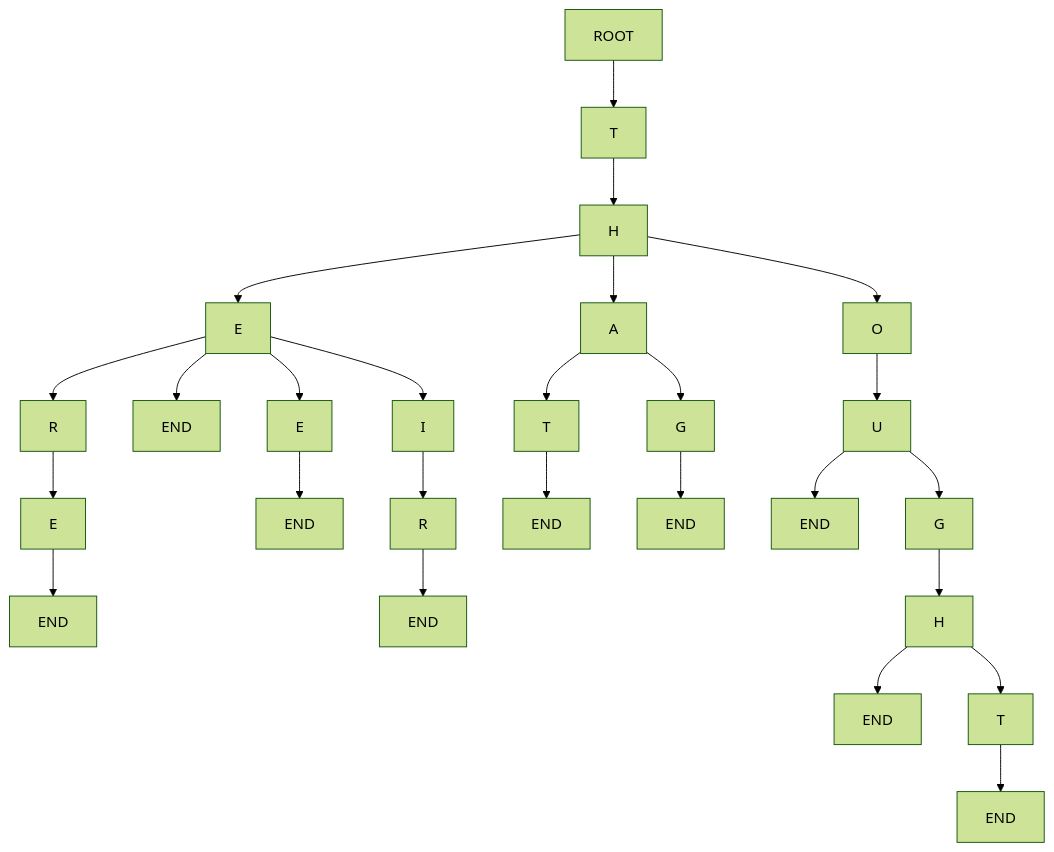
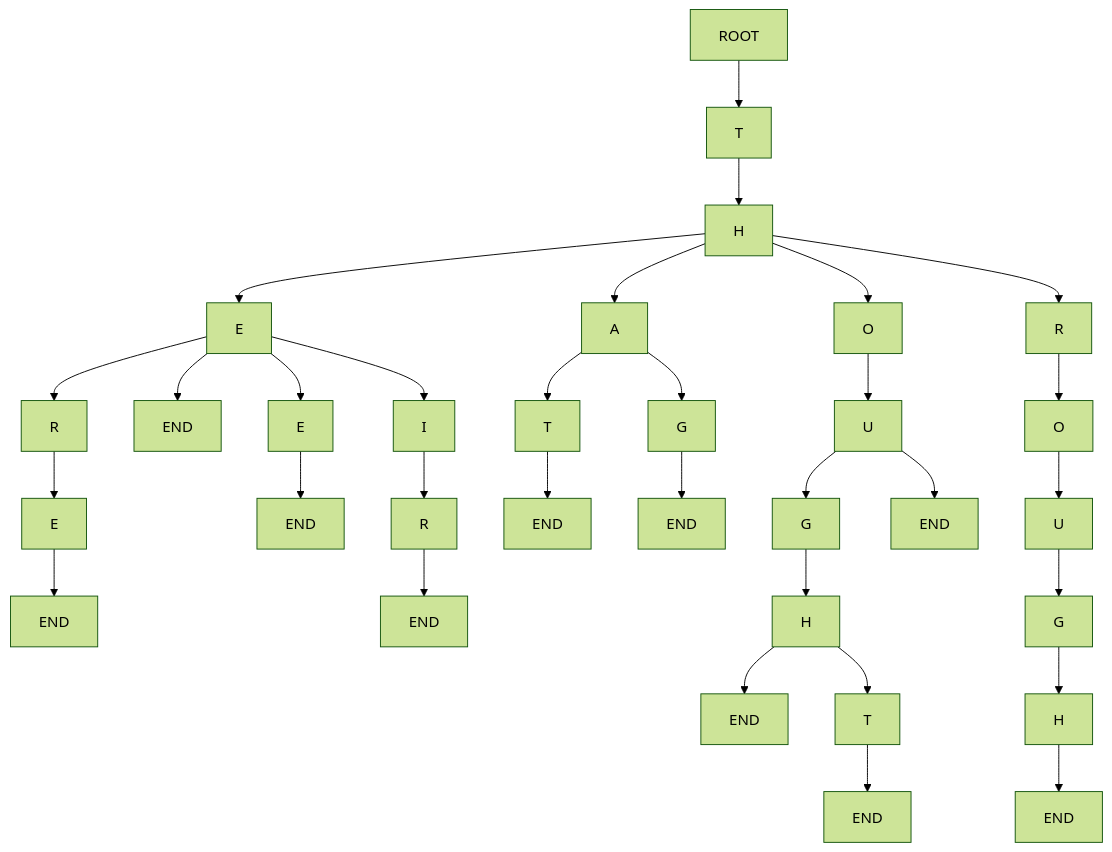
Before and after one commit to spencer4404/autocomplete: the second of 2 diagrams in README.md, drawn with Mermaid (forest theme). The commit also changed 4 other files, not shown here.

````diff
--- a/README.md
+++ b/README.md
@@ -309,25 +309,27 @@
 ```mermaid
 graph TD;
     ROOT-->T
     T-->H
 
     H-->E_there[E]-->R_there[R]-->E_there2[E]-->end_there[END]
 
     E_there[E]-->end_the[END]    
 
     E_there[E]-->E_thee[E]-->end_thee[END]
 
     E_there[E]-->I_their[I]-->R_their[R]-->end_their[END]
 
     H-->A_that[A]-->T_that[T]-->end_that[END]
 
     A_that[A]-->G_thag[G]-->end_thag[END]
 
-    U_though[U]-->end_thou[END]
-
     H-->O_thou[O]-->U_though[U]-->G_though[G]-->H_though[H]-->end_though[END]
 
     H_though[H]-->T_thought[T]-->end_thought[END]
 
+    H-->R_through[R]-->O_through[O]-->U_through[U]-->G_through[G]-->H_through[H]-->end_through[END]
+
+    U_though[U]-->end_thou[END]
+
     
 ```
````
